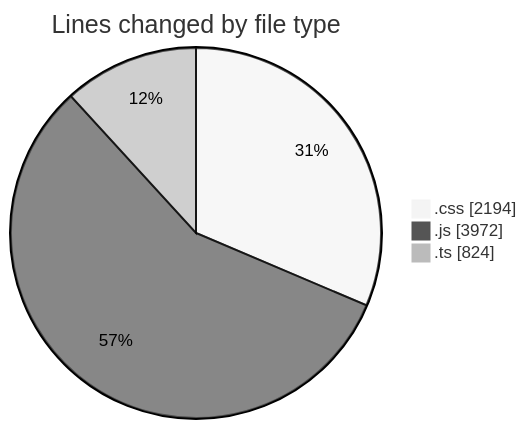
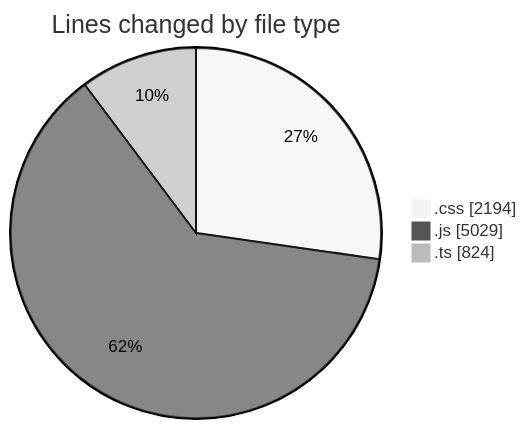
One commit to tmsrecording-cyber/code-tracking changed the first of 2 diagrams in 2026-04-24/darkwire/README.md. Above: the diagram before and after it, drawn with Mermaid (neutral theme). The commit also changed other lines of this file and 1 other file, not shown here.

````diff
--- a/2026-04-24/darkwire/README.md
+++ b/2026-04-24/darkwire/README.md
@@ -28,7 +30,7 @@
 ```mermaid
 pie showData
 title Lines changed by file type
 ".css" : 2194
-".js" : 3972
+".js" : 5029
 ".ts" : 824
 ```
````
